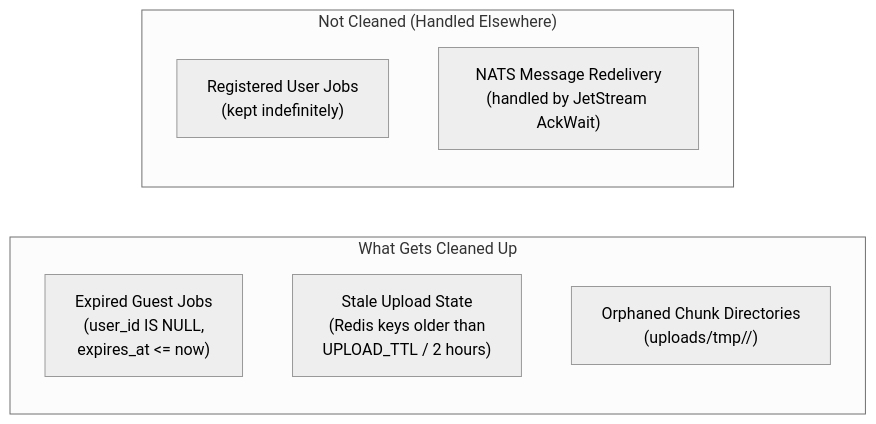
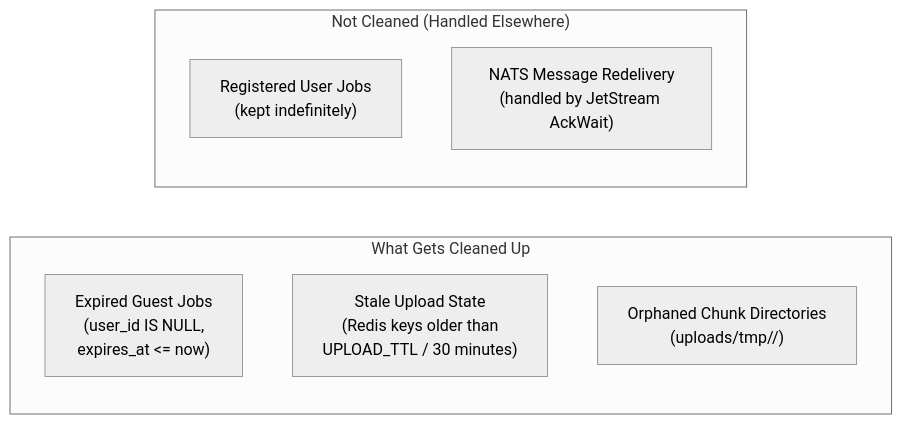
One commit to Prachidubey2003/fyredocs_backend changed the second of 3 diagrams in docs/mermaid/service-cleanup-worker-architecture.md. Above: the diagram before and after it, drawn with Mermaid (neutral theme). The commit also changed other lines of this file and 12 other files, not shown here.

````diff
--- a/docs/mermaid/service-cleanup-worker-architecture.md
+++ b/docs/mermaid/service-cleanup-worker-architecture.md
@@ -61,13 +61,13 @@
 ```mermaid
 graph LR
     subgraph Targets["What Gets Cleaned Up"]
         A["Expired Guest Jobs<br/>(user_id IS NULL,<br/>expires_at <= now)"]
-        B["Stale Upload State<br/>(Redis keys older than<br/>UPLOAD_TTL / 2 hours)"]
+        B["Stale Upload State<br/>(Redis keys older than<br/>UPLOAD_TTL / 30 minutes)"]
         C["Orphaned Chunk Directories<br/>(uploads/tmp/<id>/)"]
     end
 
     subgraph NotCleaned["Not Cleaned (Handled Elsewhere)"]
         D["Registered User Jobs<br/>(kept indefinitely)"]
         E["NATS Message Redelivery<br/>(handled by JetStream AckWait)"]
     end
 ```
````
